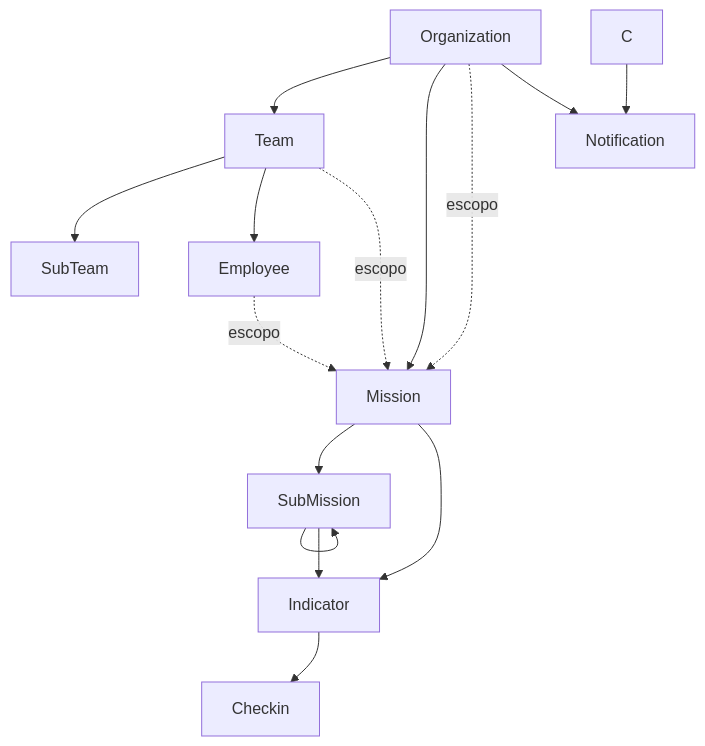
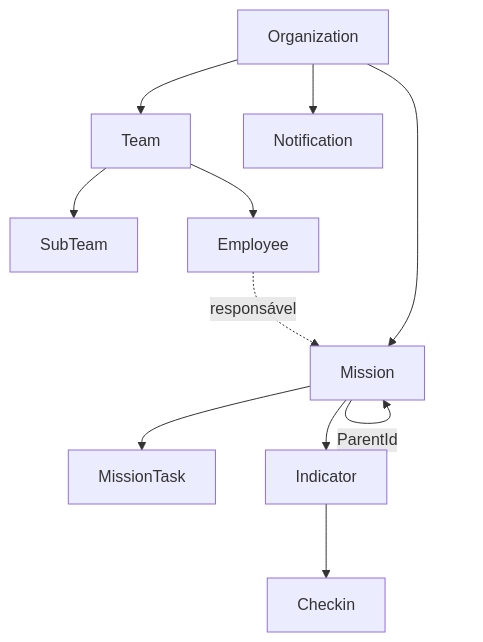
Before and after one commit to getbud-co/bud2: the fourth of 11 diagrams in README.md, drawn with Mermaid. The commit also changed other lines of this file and 2 other files, not shown here.

````diff
--- a/README.md
+++ b/README.md
@@ -332,29 +345,25 @@
 ```mermaid
 flowchart TD
     O[Organization]
     T[Team]
     ST[SubTeam]
     E[Employee]
-    G[Mission]
-    SM[SubMission]
+    M[Mission]
+    MT[MissionTask]
     I[Indicator]
     CH[Checkin]
 
     O --> T
     T --> ST
     T --> E
 
-    O --> G
-    O -. escopo .-> G
-    T -. escopo .-> G
-    E -. escopo .-> G
+    O --> M
+    E -. responsável .-> M
 
-    G --> SM
-    SM --> SM
-    G --> I
-    SM --> I
+    M -->|ParentId| M
+    M --> I
+    M --> MT
     I --> CH
 
     O --> N[Notification]
-    C --> N
 ```
````
